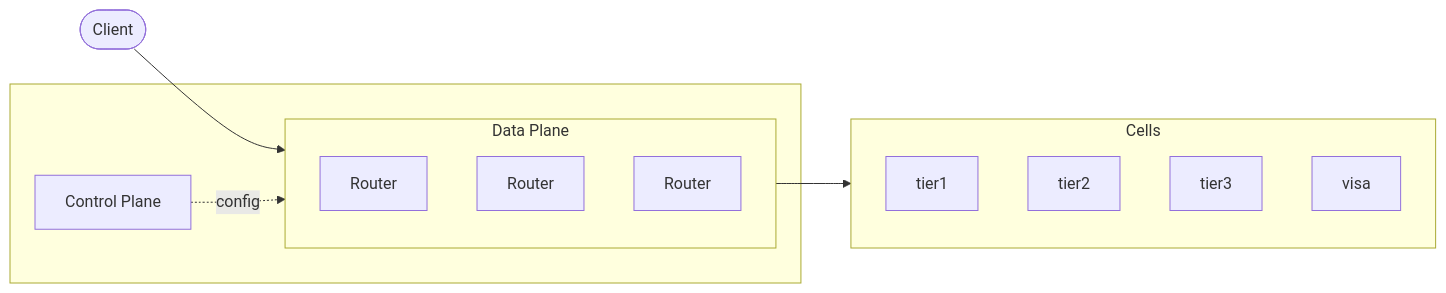
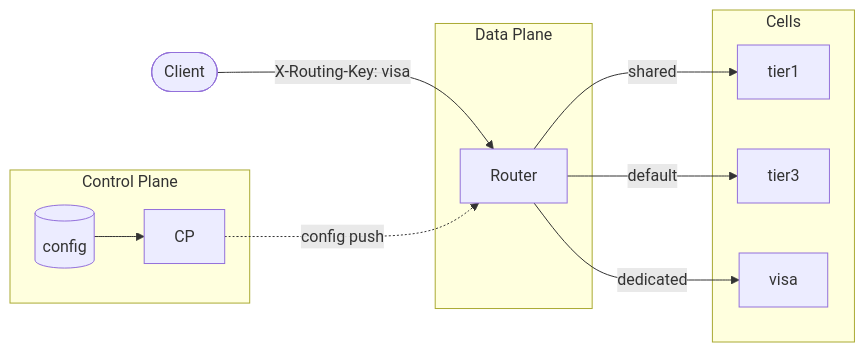
The diagram in README.md (gvquiroz/cell-routing-from-scratch), drawn with Mermaid before and after one commit.

Commit message:
back to previous version of the diagram

````diff
--- a/README.md
+++ b/README.md
@@ -3,21 +3,22 @@
 ```mermaid
 flowchart LR
-    Client([Client]) --> DP
-    
-    subgraph plane[" "]
-        CP[Control Plane] -.->|config| DP
-        subgraph DP[Data Plane]
-            R1[Router]
-            R2[Router]
-            R3[Router]
-        end
+    subgraph cp["Control Plane"]
+        Config[(config)] --> CP[CP]
     end
     
-    DP --> Cells
-    subgraph Cells
-        tier1
-        tier2
-        tier3
-        visa
+    subgraph dp["Data Plane"]
+        Router[Router]
     end
+    
+    subgraph cells["Cells"]
+        T1[tier1]
+        T3[tier3]
+        Visa[visa]
+    end
+    
+    Client([Client]) -->|"X-Routing-Key: visa"| Router
+    CP -.->|"config push"| Router
+    Router -->|dedicated| Visa
+    Router -->|shared| T1
+    Router -->|default| T3
 ```
````
